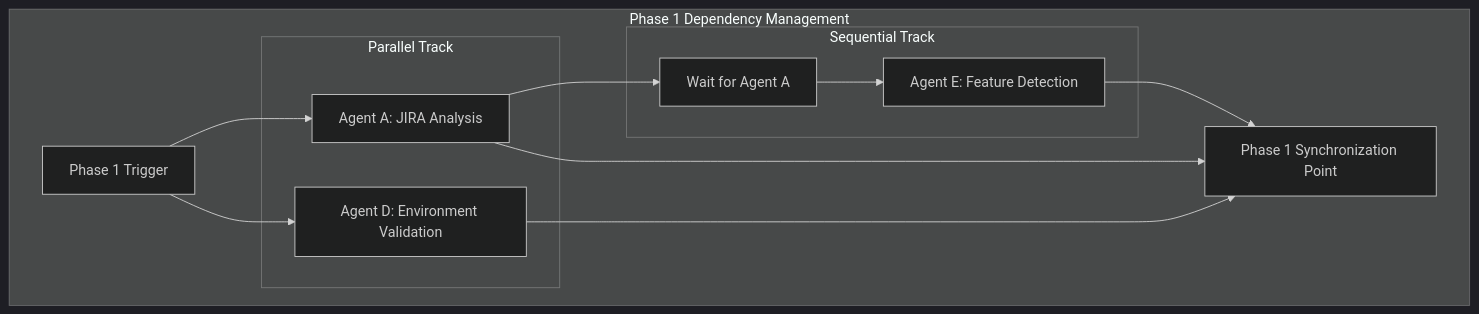
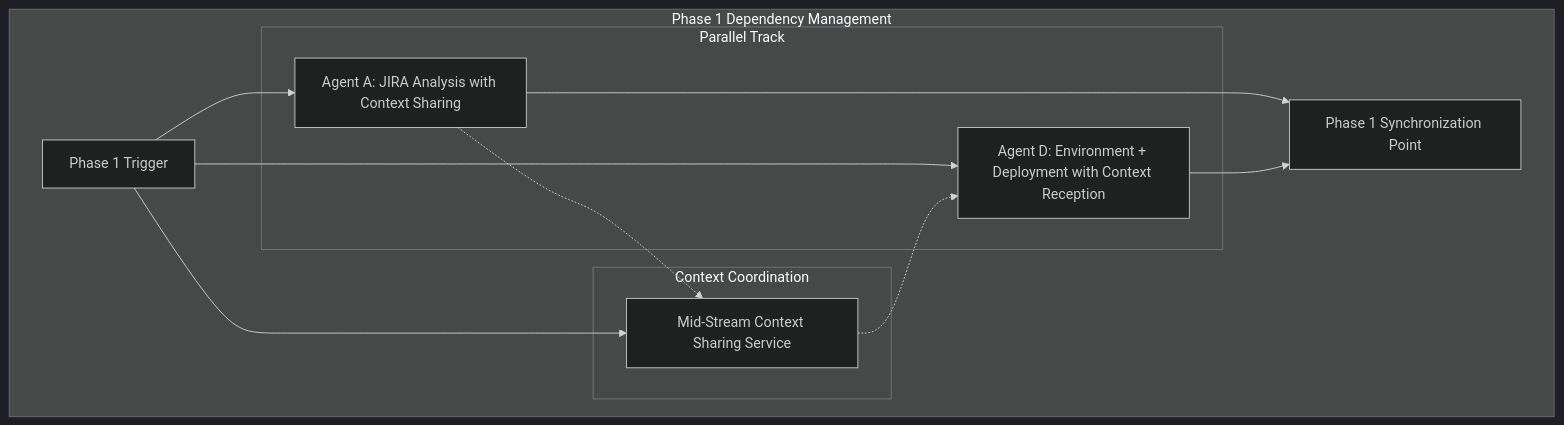
One commit to stolostron/ai-test-gen changed diagram 25 of 26 in apps/claude-test-generator/docs/framework-workflow-details.md. Above: the diagram before and after it, drawn with Mermaid (dark theme). The commit also changed other lines of this file and 64 other files, not shown here.

````diff
--- a/apps/claude-test-generator/docs/framework-workflow-details.md
+++ b/apps/claude-test-generator/docs/framework-workflow-details.md
@@ -1679,26 +1602,25 @@
 ```mermaid
 graph TD
     subgraph "Phase 1 Dependency Management"
         START[Phase 1 Trigger]
         
         subgraph "Parallel Track"
-            A[Agent A: JIRA Analysis]
-            D[Agent D: Environment Validation]
+            A[Agent A: JIRA Analysis with Context Sharing]
+            D[Agent D: Environment + Deployment with Context Reception]
         end
         
-        subgraph "Sequential Track"  
-            WAIT[Wait for Agent A]
-            E[Agent E: Feature Detection]
+        subgraph "Context Coordination"
+            CONTEXT[Mid-Stream Context Sharing Service]
         end
         
         SYNC[Phase 1 Synchronization Point]
     end
     
     START --> A
     START --> D
-    A --> WAIT
-    WAIT --> E
+    START --> CONTEXT
+    A -.-> CONTEXT
+    CONTEXT -.-> D
     A --> SYNC
     D --> SYNC
-    E --> SYNC
 ```
````
